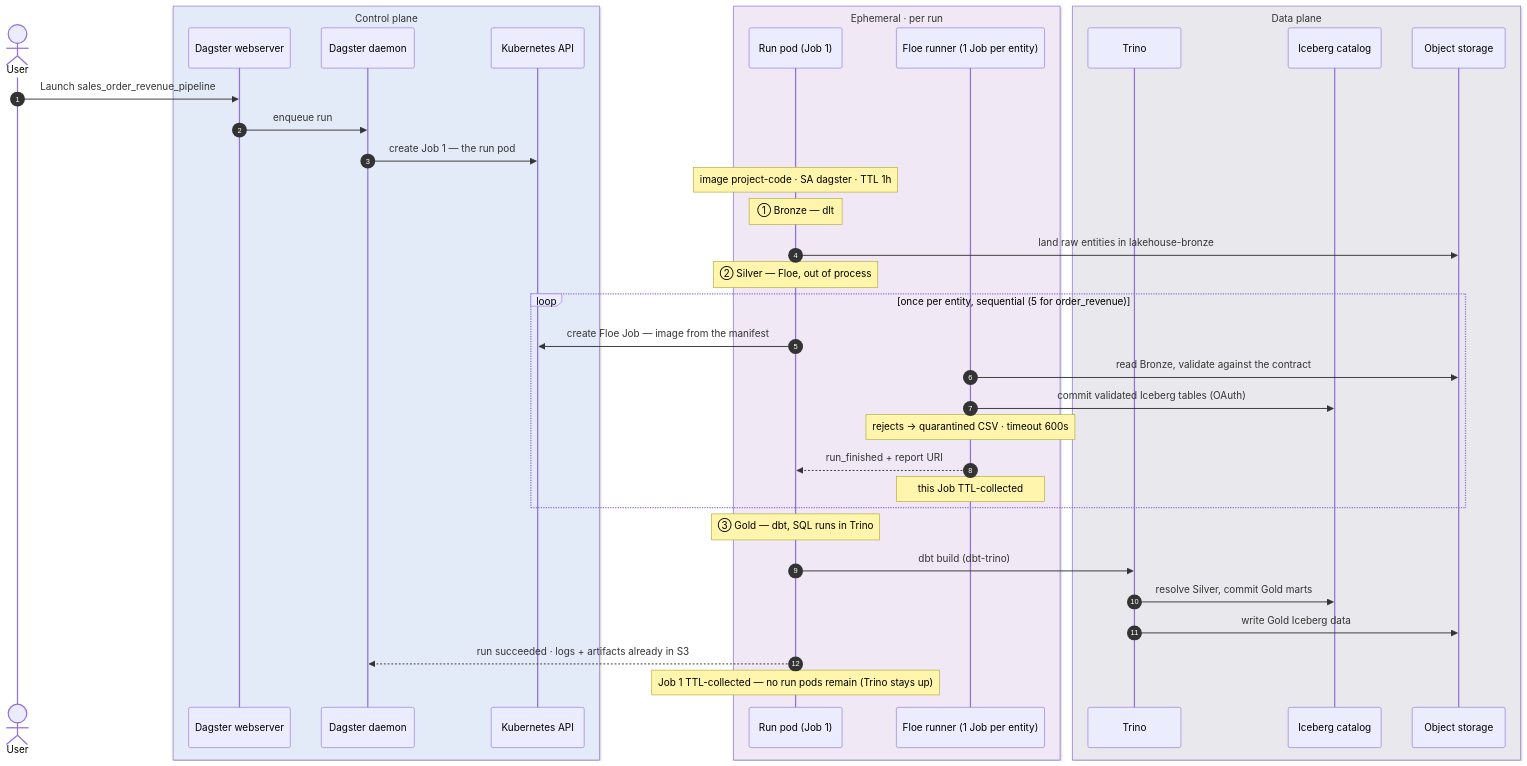
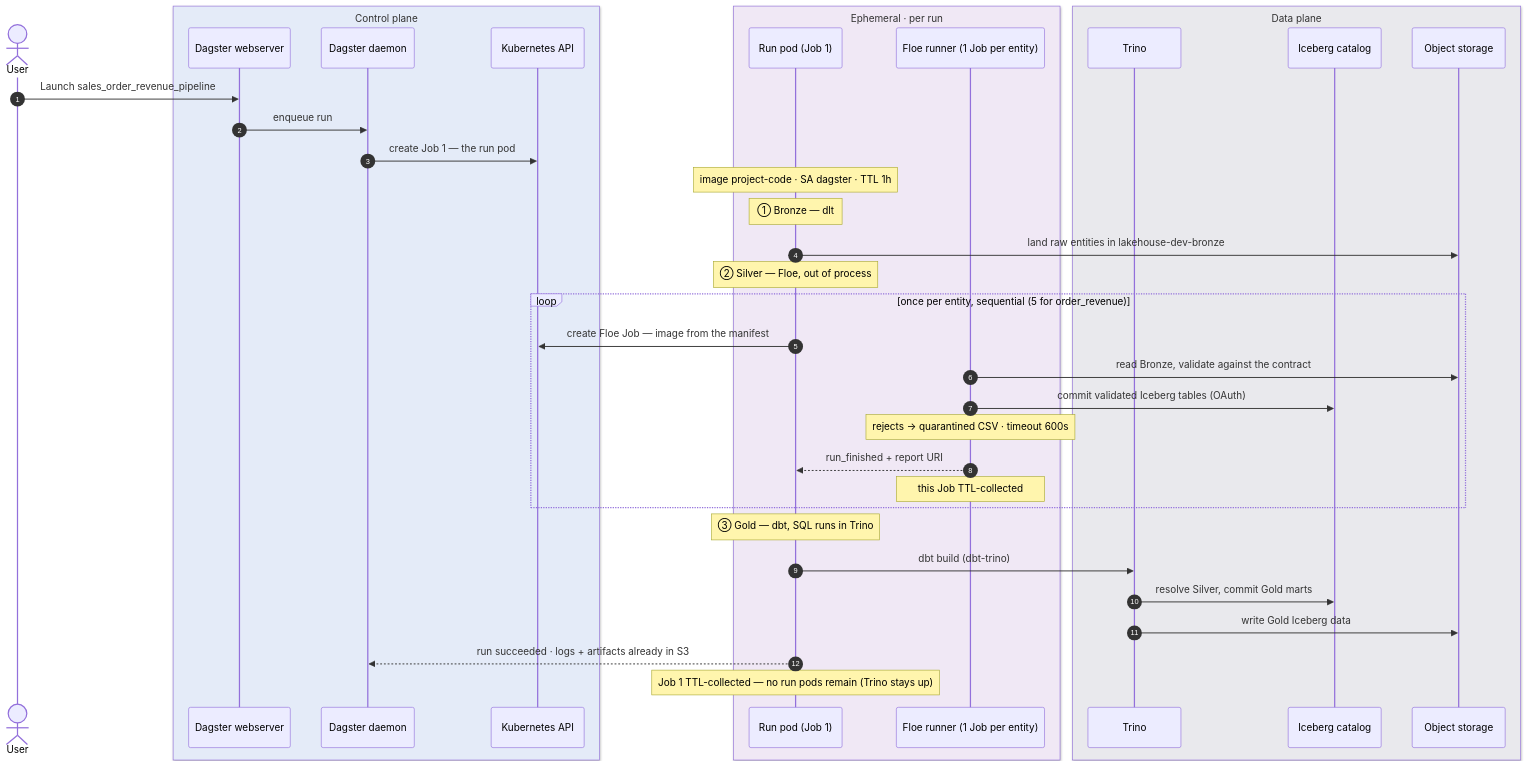
One commit to OpenLakeForge/openlakeforge changed the diagram in docs/architecture/diagrams/README.md. Above: the diagram before and after it, drawn with Mermaid. The commit also changed 17 other files, not shown here.

````diff
--- a/docs/architecture/diagrams/README.md
+++ b/docs/architecture/diagrams/README.md
@@ -108,45 +108,45 @@
 ```mermaid
 sequenceDiagram
     autonumber
     actor User
     box rgb(228,235,248) Control plane
         participant UI as Dagster webserver
         participant Daemon as Dagster daemon
         participant API as Kubernetes API
     end
     box rgb(240,232,245) Ephemeral · per run
         participant Run as Run pod (Job 1)
         participant Floe as Floe runner (1 Job per entity)
     end
     box rgb(233,233,237) Data plane
         participant Trino
         participant Polaris as Iceberg catalog
         participant S3 as Object storage
     end
 
     User->>UI: Launch sales_order_revenue_pipeline
     UI->>Daemon: enqueue run
     Daemon->>API: create Job 1 — the run pod
     Note over Run: image project-code · SA dagster · TTL 1h
 
     Note over Run: ① Bronze — dlt
-    Run->>S3: land raw entities in lakehouse-bronze
+    Run->>S3: land raw entities in lakehouse-dev-bronze
 
     Note over Run: ② Silver — Floe, out of process
     loop once per entity, sequential (5 for order_revenue)
         Run->>API: create Floe Job — image from the manifest
         Floe->>S3: read Bronze, validate against the contract
         Floe->>Polaris: commit validated Iceberg tables (OAuth)
         Note over Floe: rejects → quarantined CSV · timeout 600s
         Floe-->>Run: run_finished + report URI
         Note over Floe: this Job TTL-collected
     end
 
     Note over Run: ③ Gold — dbt, SQL runs in Trino
     Run->>Trino: dbt build (dbt-trino)
     Trino->>Polaris: resolve Silver, commit Gold marts
     Trino->>S3: write Gold Iceberg data
 
     Run-->>Daemon: run succeeded · logs + artifacts already in S3
     Note over Run: Job 1 TTL-collected — no run pods remain (Trino stays up)
 ```
````
